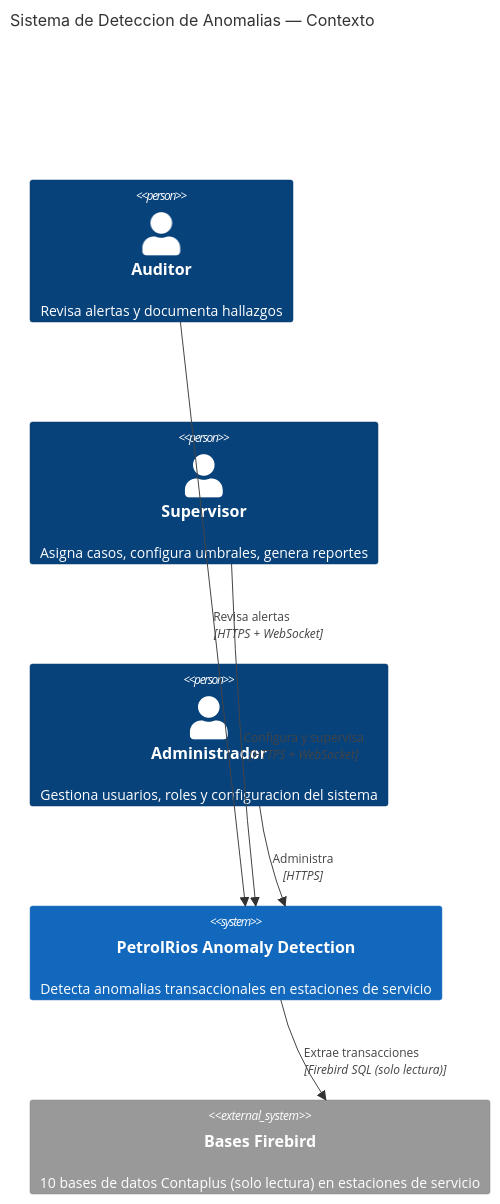
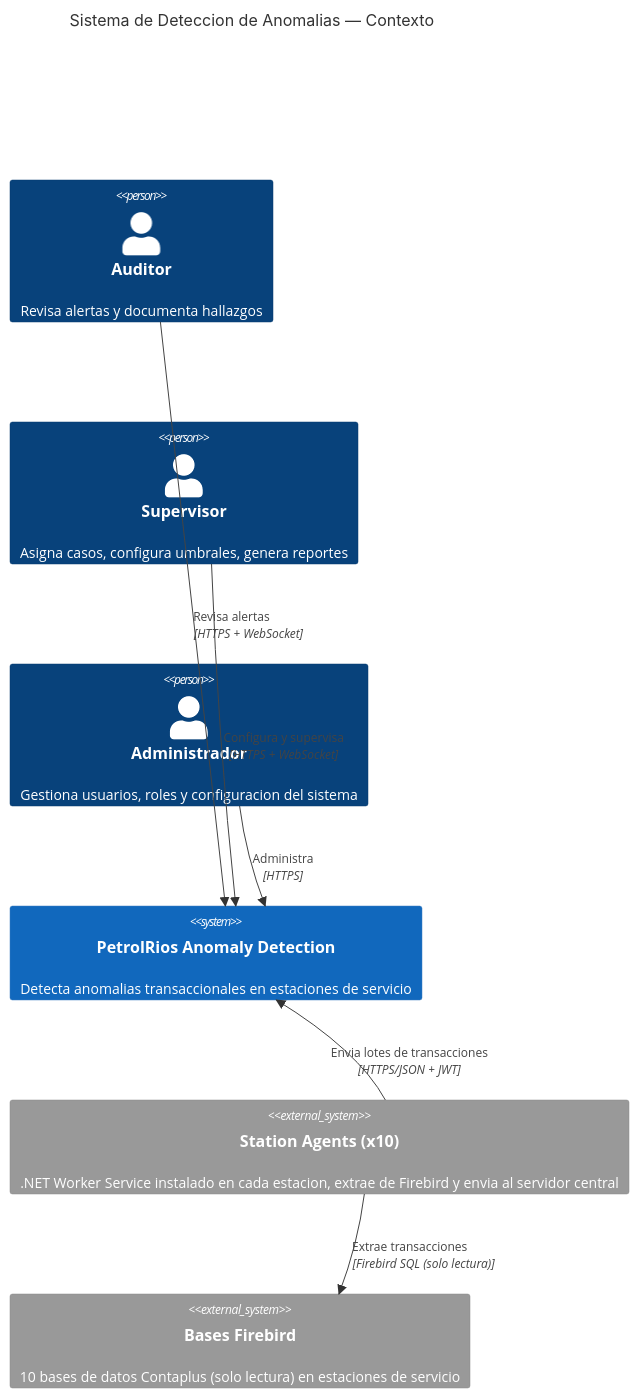
Before and after one commit to StevenCarrilloLoor/petrolrios-anomaly-detection-final: the first of 7 diagrams in docs/ARQUITECTURA.md, drawn with Mermaid. The commit also changed other lines of this file and 18 other files, not shown here.

````diff
--- a/docs/ARQUITECTURA.md
+++ b/docs/ARQUITECTURA.md
@@ -8,17 +8,19 @@
 ```mermaid
 C4Context
     title Sistema de Deteccion de Anomalias — Contexto
 
     Person(auditor, "Auditor", "Revisa alertas y documenta hallazgos")
     Person(supervisor, "Supervisor", "Asigna casos, configura umbrales, genera reportes")
     Person(admin, "Administrador", "Gestiona usuarios, roles y configuracion del sistema")
 
     System(petrolrios, "PetrolRios Anomaly Detection", "Detecta anomalias transaccionales en estaciones de servicio")
 
+    System_Ext(agents, "Station Agents (x10)", ".NET Worker Service instalado en cada estacion, extrae de Firebird y envia al servidor central")
     System_Ext(firebird, "Bases Firebird", "10 bases de datos Contaplus (solo lectura) en estaciones de servicio")
 
     Rel(auditor, petrolrios, "Revisa alertas", "HTTPS + WebSocket")
     Rel(supervisor, petrolrios, "Configura y supervisa", "HTTPS + WebSocket")
     Rel(admin, petrolrios, "Administra", "HTTPS")
-    Rel(petrolrios, firebird, "Extrae transacciones", "Firebird SQL (solo lectura)")
+    Rel(agents, petrolrios, "Envia lotes de transacciones", "HTTPS/JSON + JWT")
+    Rel(agents, firebird, "Extrae transacciones", "Firebird SQL (solo lectura)")
 ```
````
